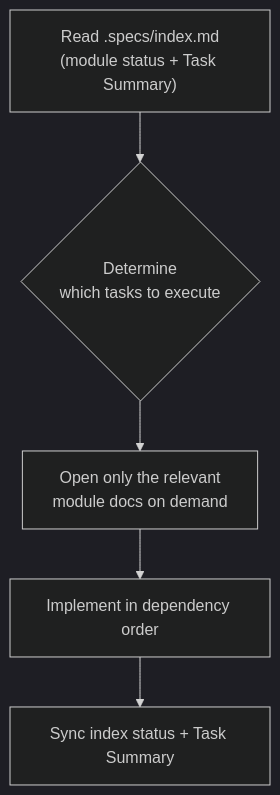
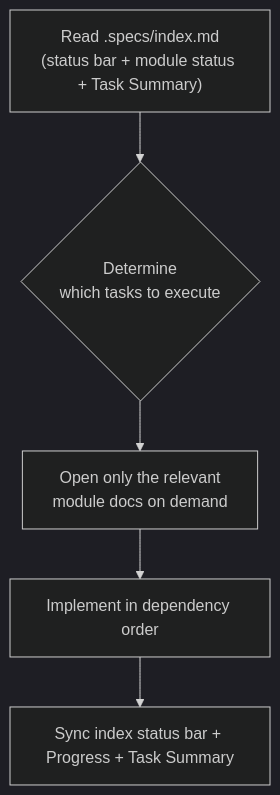
One commit to xypur/specs-workflow changed the diagram in skills/specs-workflow/SKILL.md. Above: the diagram before and after it, drawn with Mermaid (dark theme). The commit also changed other lines of this file and 26 other files, not shown here.

First line of the commit message:
Add module progress bar, index status bar, and module status blocks

````diff
--- a/skills/specs-workflow/SKILL.md
+++ b/skills/specs-workflow/SKILL.md
@@ -21,7 +21,7 @@
 ```mermaid
 flowchart TD
-    A["Read .specs/index.md<br/>(module status + Task Summary)"] --> B{"Determine<br/>which tasks to execute"}
+    A["Read .specs/index.md<br/>(status bar + module status + Task Summary)"] --> B{"Determine<br/>which tasks to execute"}
     B --> C["Open only the relevant<br/>module docs on demand"]
     C --> D["Implement in dependency order"]
-    D --> E["Sync index status + Task Summary"]
+    D --> E["Sync index status bar + Progress + Task Summary"]
 ```
````
